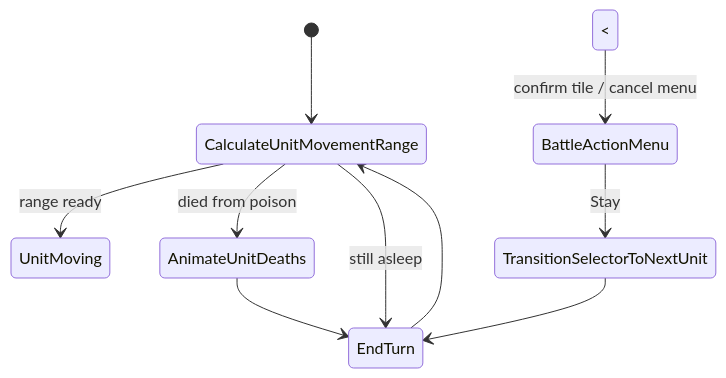
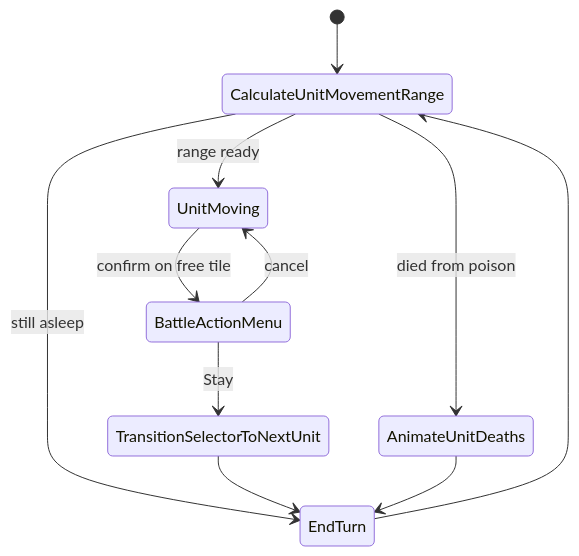
The first of 8 diagrams in State/state-machine.md (KonkeyDong/somber-inertia), drawn with Mermaid before and after one commit. The commit also changed other lines of this file, not shown here.

````diff
--- a/State/state-machine.md
+++ b/State/state-machine.md
@@ -17,16 +17,17 @@
 ```mermaid
 stateDiagram-v2
+    direction TB
     [*] --> CalculateUnitMovementRange
 
     CalculateUnitMovementRange --> UnitMoving : range ready
     CalculateUnitMovementRange --> AnimateUnitDeaths : died from poison
     CalculateUnitMovementRange --> EndTurn : still asleep
 
-    UnitMoving <--> BattleActionMenu : confirm tile / cancel menu
+    UnitMoving --> BattleActionMenu : confirm on free tile
+    BattleActionMenu --> UnitMoving : cancel
 
     BattleActionMenu --> TransitionSelectorToNextUnit : Stay
     TransitionSelectorToNextUnit --> EndTurn
-
     AnimateUnitDeaths --> EndTurn
     EndTurn --> CalculateUnitMovementRange
 ```
````
